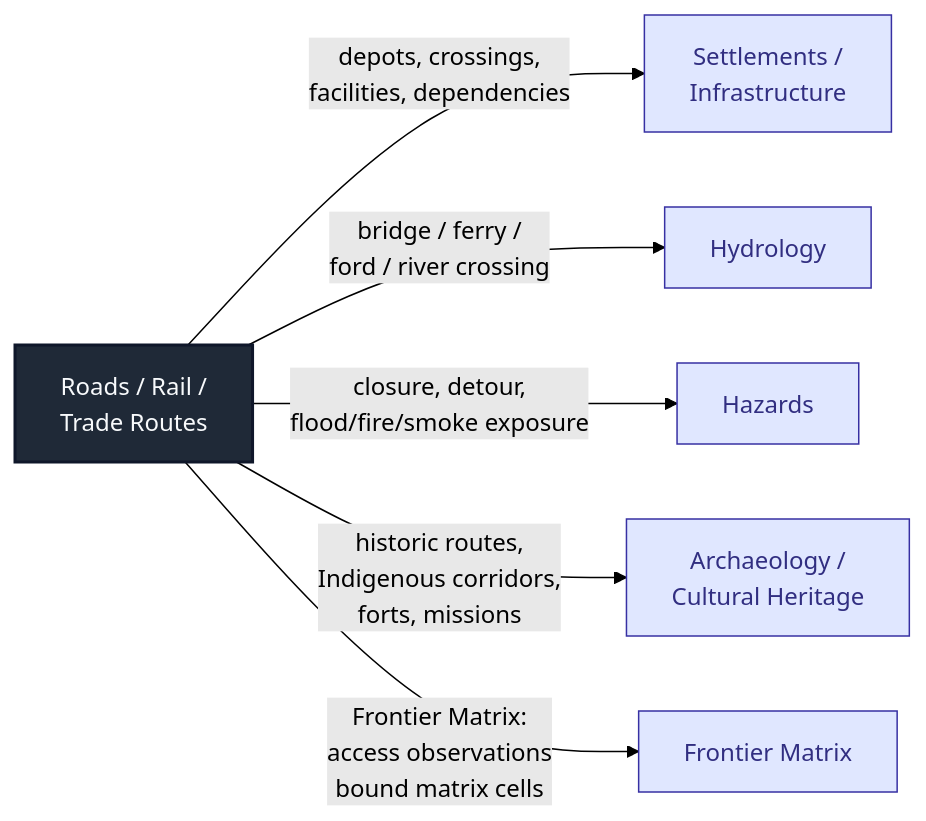
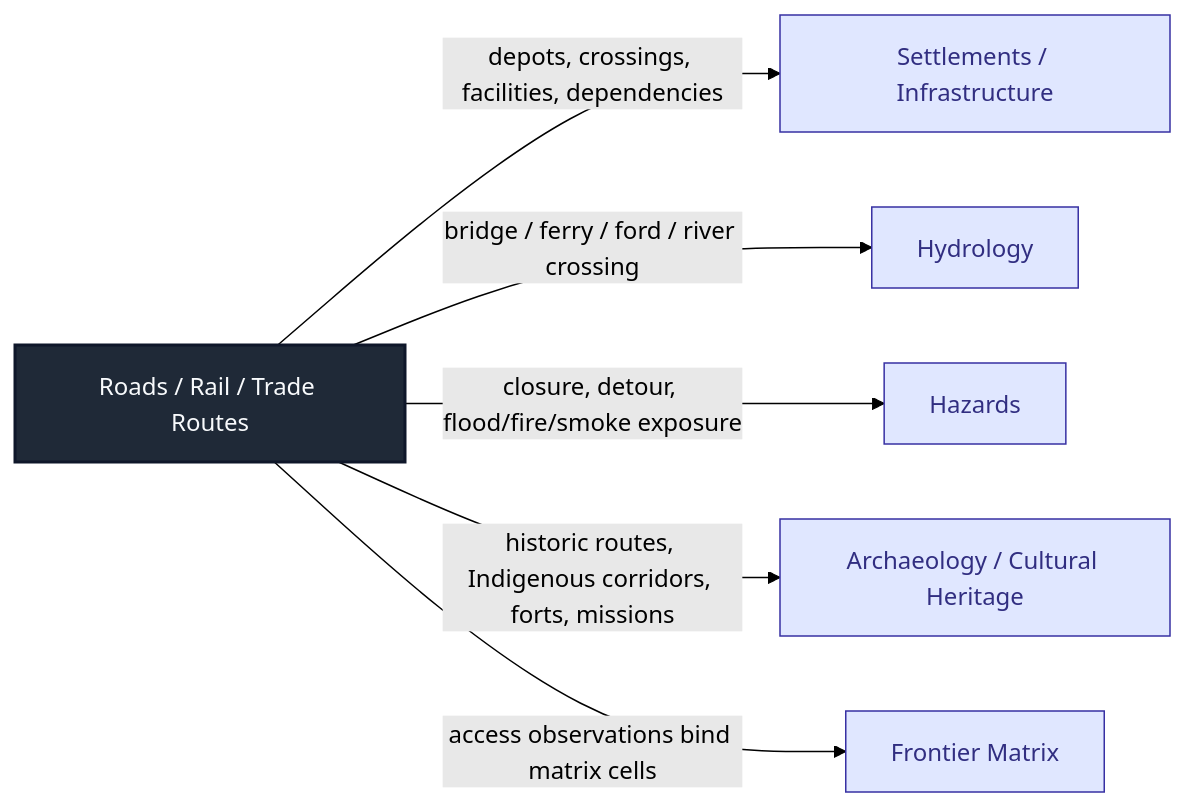
The fourth of 4 diagrams in docs/domains/roads-rail-trade/PRESERVATION_MATRIX.md (bartytime4life/Kansas-Frontier-Matrix), drawn with Mermaid (forest theme) before and after one commit. The commit also changed other lines of this file, not shown here.

````diff
--- a/docs/domains/roads-rail-trade/PRESERVATION_MATRIX.md
+++ b/docs/domains/roads-rail-trade/PRESERVATION_MATRIX.md
@@ -302,12 +300,12 @@
 ```mermaid
 flowchart LR
-    R[Roads / Rail /<br/>Trade Routes]:::own
-    R -- "depots, crossings,<br/>facilities, dependencies" --> S[Settlements /<br/>Infrastructure]:::adj
-    R -- "bridge / ferry /<br/>ford / river crossing" --> H[Hydrology]:::adj
-    R -- "closure, detour,<br/>flood/fire/smoke exposure" --> Z[Hazards]:::adj
-    R -- "historic routes,<br/>Indigenous corridors,<br/>forts, missions" --> A[Archaeology /<br/>Cultural Heritage]:::adj
-    R -- "Frontier Matrix:<br/>access observations<br/>bound matrix cells" --> F[Frontier Matrix]:::adj
+    R["Roads / Rail / Trade Routes"]:::own
+    R -- "depots, crossings, facilities, dependencies" --> S["Settlements / Infrastructure"]:::adj
+    R -- "bridge / ferry / ford / river crossing" --> H["Hydrology"]:::adj
+    R -- "closure, detour, flood/fire/smoke exposure" --> Z["Hazards"]:::adj
+    R -- "historic routes, Indigenous corridors, forts, missions" --> A["Archaeology / Cultural Heritage"]:::adj
+    R -- "access observations bind matrix cells" --> F["Frontier Matrix"]:::adj
 
     classDef own fill:#1f2937,stroke:#0f172a,color:#f8fafc,stroke-width:2px
     classDef adj fill:#e0e7ff,stroke:#3730a3,color:#312e81
 ```
````
